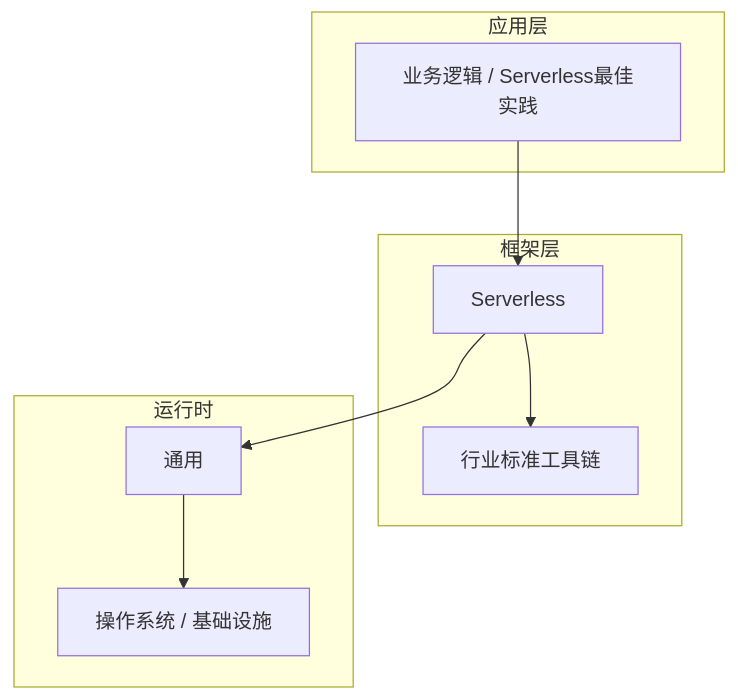
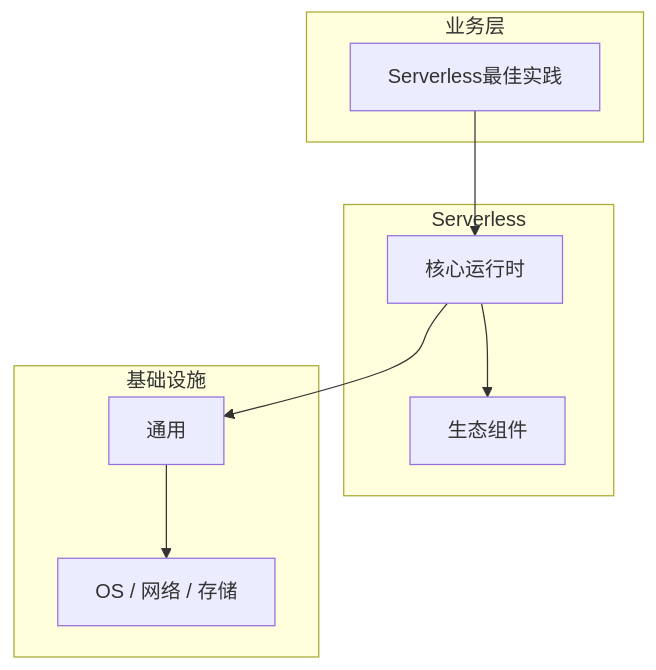
Before and after one commit to yanggan2015/knowledge-json-v2: the diagram in articles/Serverless/chapters/076-Serverless最佳实践核心概念与原理.md, drawn with Mermaid. The commit also changed other lines of this file and 10127 other files, not shown here.

````diff
--- a/articles/Serverless/chapters/076-Serverless最佳实践核心概念与原理.md
+++ b/articles/Serverless/chapters/076-Serverless最佳实践核心概念与原理.md
@@ -45,18 +34,18 @@
 ```mermaid
 graph TB
-    subgraph 应用层
-        A[业务逻辑 / Serverless最佳实践]
+    subgraph 业务层
+        A[Serverless最佳实践]
     end
-    subgraph 框架层
-        B[Serverless]
-        C[行业标准工具链]
+    subgraph Serverless
+        B[核心运行时]
+        C[生态组件]
     end
-    subgraph 运行时
+    subgraph 基础设施
         D[通用]
-        E[操作系统 / 基础设施]
+        E[OS / 网络 / 存储]
     end
     A --> B
     B --> C
     B --> D
     D --> E
 ```
````
